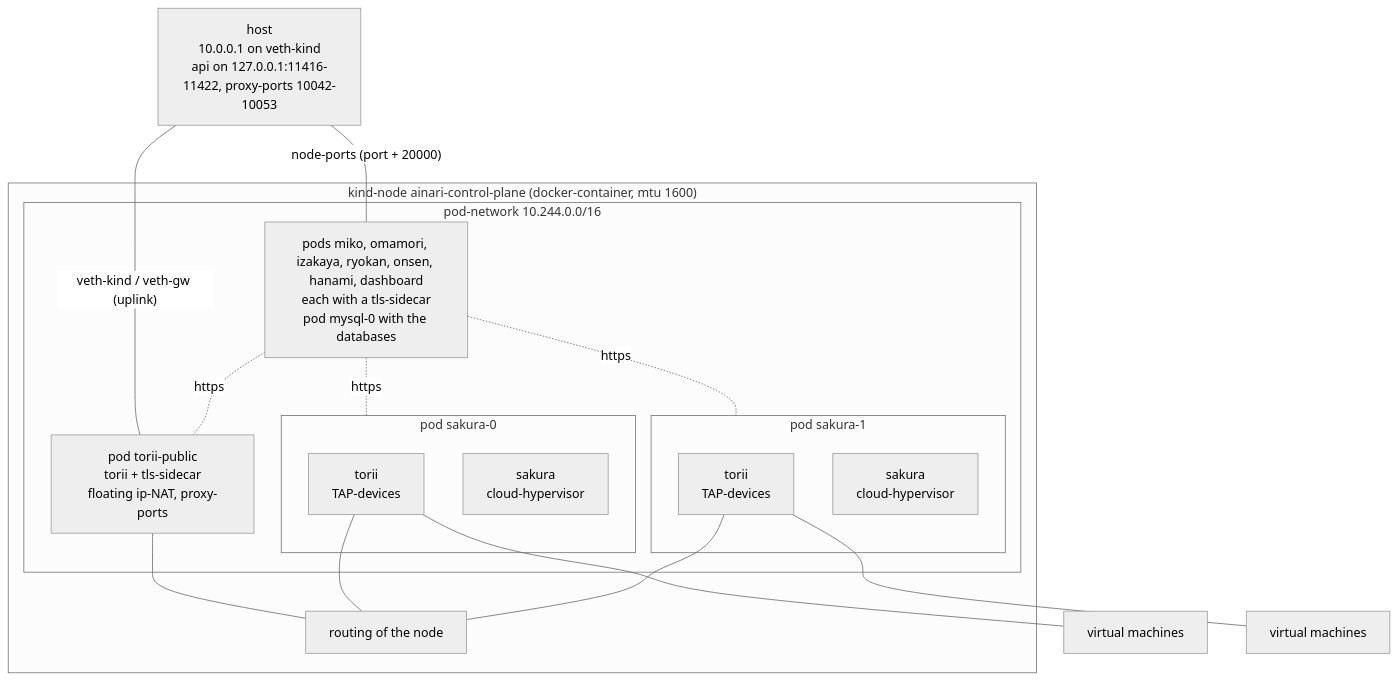
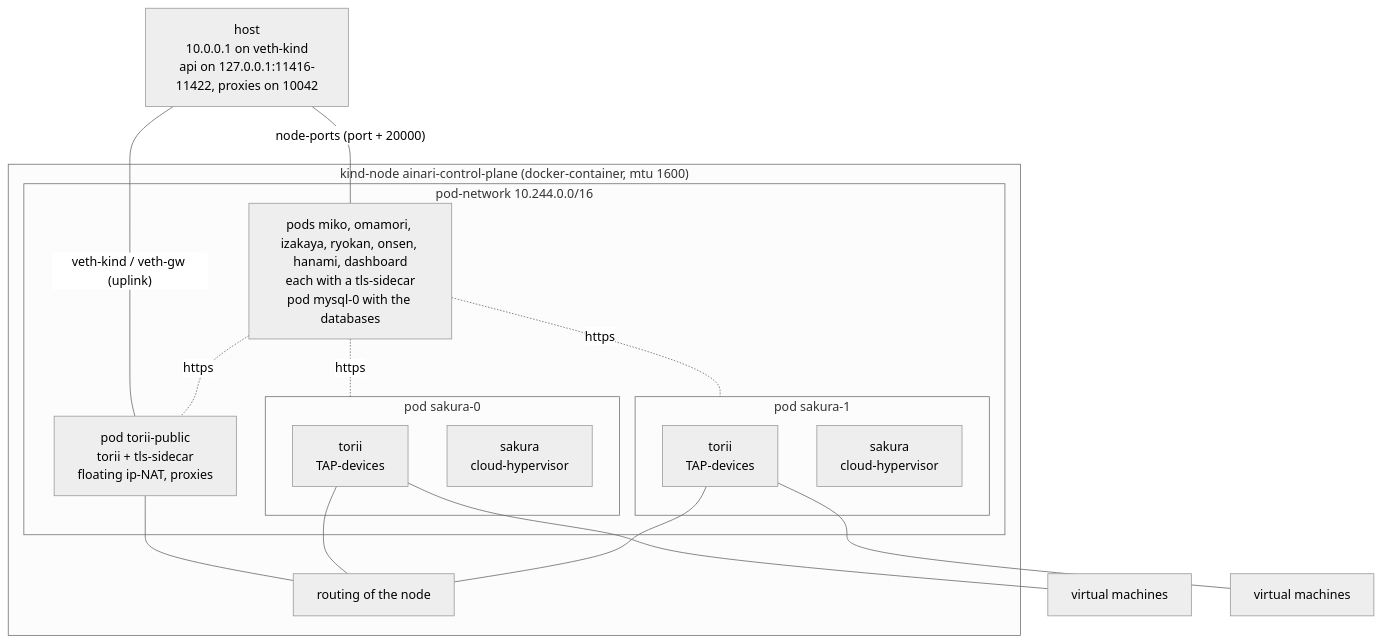
The diagram in docs/developer/local_testing/kind_setup.md (kitsudaiki/ainari), drawn with Mermaid (neutral theme) before and after one commit. The commit also changed other lines of this file and 108 other files, not shown here.

First line of the commit message:
feat(#991): replaced torii ports

````diff
--- a/docs/developer/local_testing/kind_setup.md
+++ b/docs/developer/local_testing/kind_setup.md
@@ -16,31 +16,31 @@
 ```mermaid
 flowchart TB
-    host["host<br/>10.0.0.1 on veth-kind<br/>api on 127.0.0.1:11416-11422, proxy-ports 10042-10053"]
+    host["host<br/>10.0.0.1 on veth-kind<br/>api on 127.0.0.1:11416-11422, proxies on 10042"]
 
     subgraph node["kind-node ainari-control-plane (docker-container, mtu 1600)"]
         subgraph pods["pod-network 10.244.0.0/16"]
-            public["pod torii-public<br/>torii + tls-sidecar<br/>floating ip-NAT, proxy-ports"]
+            public["pod torii-public<br/>torii + tls-sidecar<br/>floating ip-NAT, proxies"]
             control["pods miko, omamori, izakaya, ryokan, onsen, hanami, dashboard<br/>each with a tls-sidecar<br/>pod mysql-0 with the databases"]
             subgraph s0["pod sakura-0"]
                 vmm0["torii<br/>TAP-devices"]
                 sak0["sakura<br/>cloud-hypervisor"]
             end
             subgraph s1["pod sakura-1"]
                 vmm1["torii<br/>TAP-devices"]
                 sak1["sakura<br/>cloud-hypervisor"]
             end
         end
         router["routing of the node"]
     end
 
     host -- "veth-kind / veth-gw (uplink)" --- public
     host -- "node-ports (port + 20000)" --- control
     public --- router
     vmm0 --- router
     vmm1 --- router
     vmm0 --- vm0["virtual machines"]
     vmm1 --- vm1["virtual machines"]
     control -. "https" .- public
     control -. "https" .- s0
     control -. "https" .- s1
 ```
````
